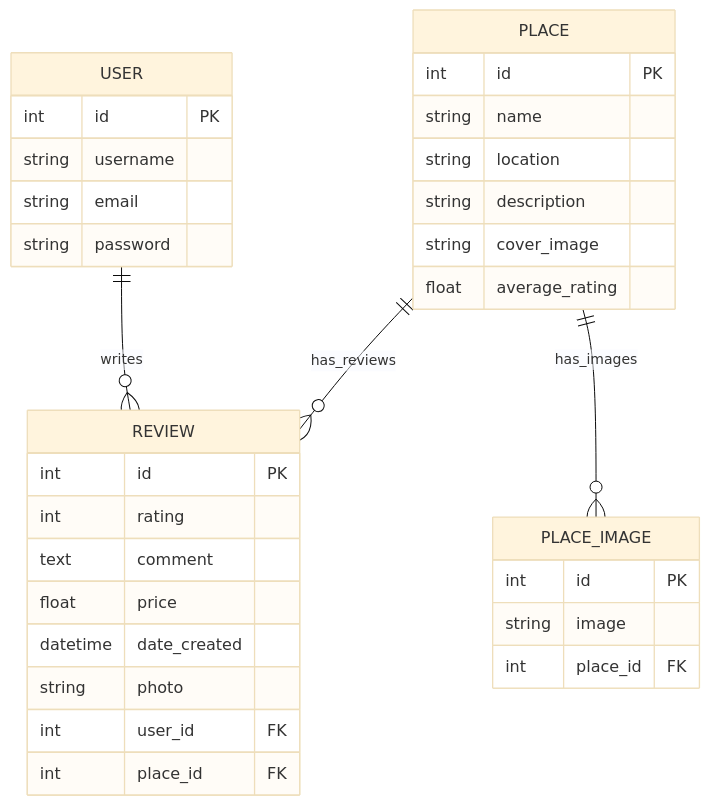
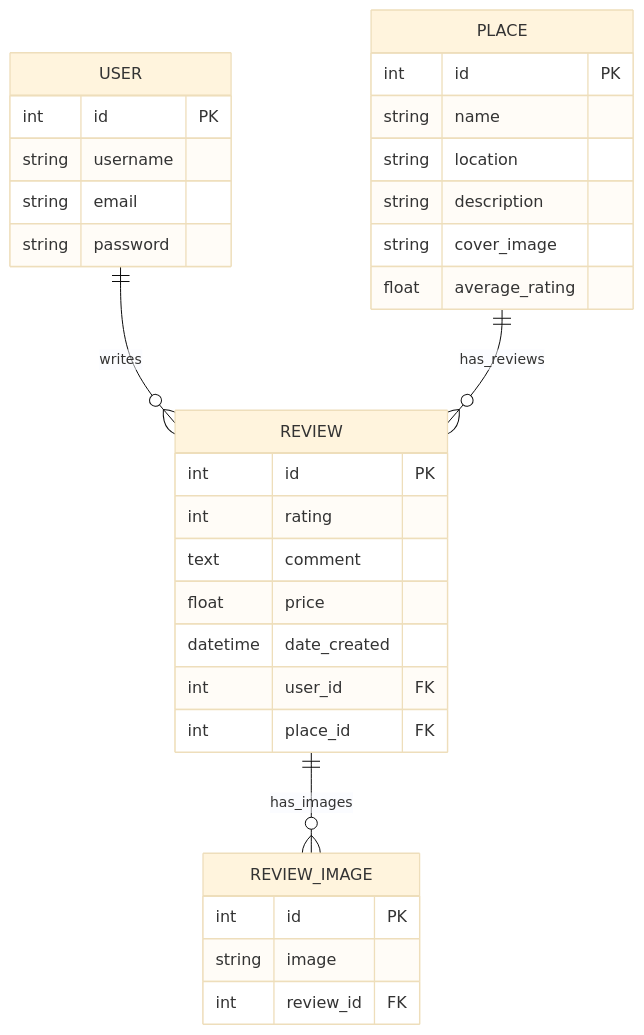
The diagram in README.md (qusaiothman44/Capstone-Project), drawn with Mermaid (base theme) before and after one commit.

Commit message:
update the model for the review pics not the place pics

````````diff
--- a/README.md
+++ b/README.md
@@ -44,41 +44,40 @@
 ```mermaid
 erDiagram
     USER {
         int id PK
         string username
         string email
         string password
     }
 
     PLACE {
         int id PK
         string name
         string location
         string description
         string cover_image
         float average_rating
     }
 
     REVIEW {
         int id PK
         int rating
         text comment
         float price
         datetime date_created
-        string photo
         int user_id FK
         int place_id FK
     }
 
-    PLACE_IMAGE {
+    REVIEW_IMAGE {
         int id PK
         string image
-        int place_id FK
+        int review_id FK
     }
 
     USER ||--o{ REVIEW : writes
     PLACE ||--o{ REVIEW : has_reviews
-    PLACE ||--o{ PLACE_IMAGE : has_images
+    REVIEW ||--o{ REVIEW_IMAGE : has_images
 
 
 ```````
````````
